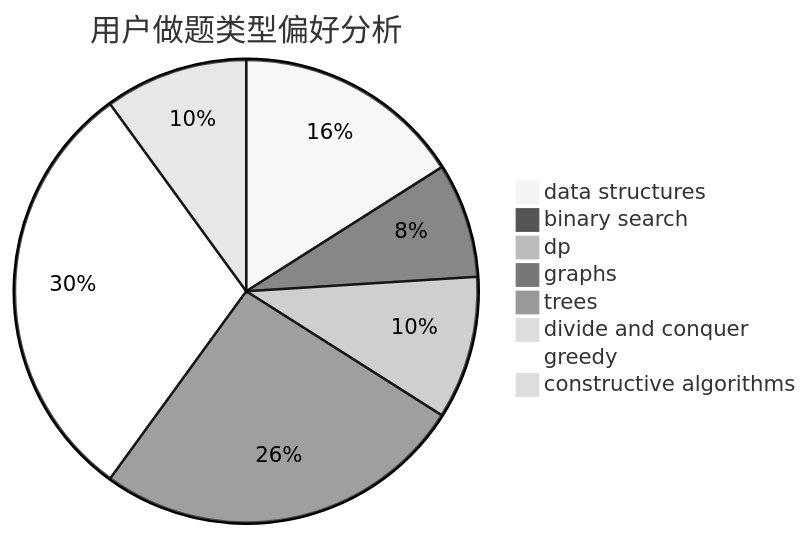
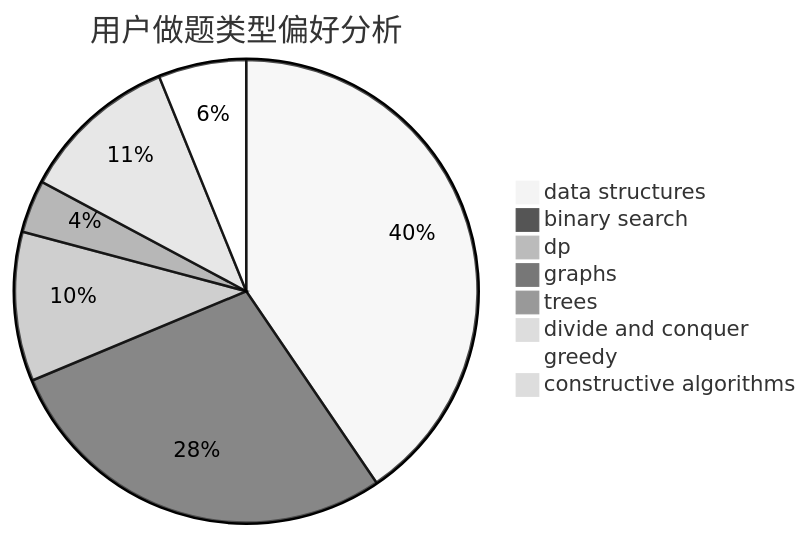
One commit to sherpahu/cfrs.github.io changed the second of 3 diagrams in docs/user/u1908.md. Above: the diagram before and after it, drawn with Mermaid (neutral theme). The commit also changed other lines of this file and 2770 other files, not shown here.

````diff
--- a/docs/user/u1908.md
+++ b/docs/user/u1908.md
@@ -23,11 +23,11 @@
 ```mermaid
 pie title 用户做题类型偏好分析
-    "data structures" :  8
-    "binary search" :  4
-    "dp" :  5
-    "graphs" :  13
-    "trees" :  0
-    "divide and conquer" :  0
-    "greedy" :  15
-    "constructive algorithms" :  5
+    "data structures" :  66
+    "binary search" :  46
+    "dp" :  17
+    "graphs" :  1
+    "trees" :  6
+    "divide and conquer" :  18
+    "greedy" :  10
+    "constructive algorithms" :  0
 ```
````
